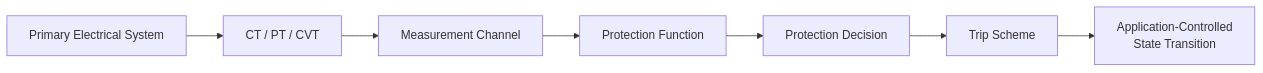
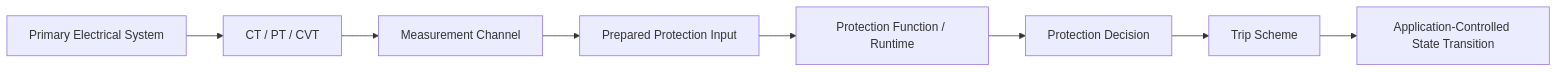
One commit to SubhenduMishra29/GridForge changed the fourth of 6 diagrams in README.md. Above: the diagram before and after it, drawn with Mermaid. The commit also changed other lines of this file, not shown here.

Commit message:
docs: qualify protection integration architecture claim

````diff
--- a/README.md
+++ b/README.md
@@ -214,9 +216,10 @@
 ```mermaid
 flowchart LR
     P[Primary Electrical System] --> M[CT / PT / CVT]
     M --> MC[Measurement Channel]
-    MC --> PF[Protection Function]
+    MC --> PI[Prepared Protection Input]
+    PI --> PF[Protection Function / Runtime]
     PF --> PD[Protection Decision]
     PD --> TS[Trip Scheme]
-    TS --> ST[Application-Controlled<br/>State Transition]
+    TS --> ST[Application-Controlled State Transition]
 ```
````
